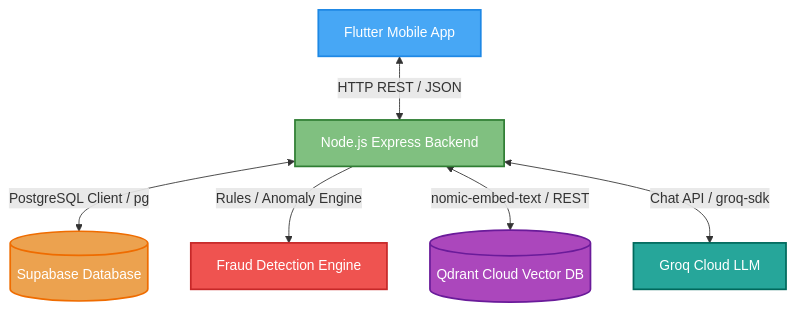
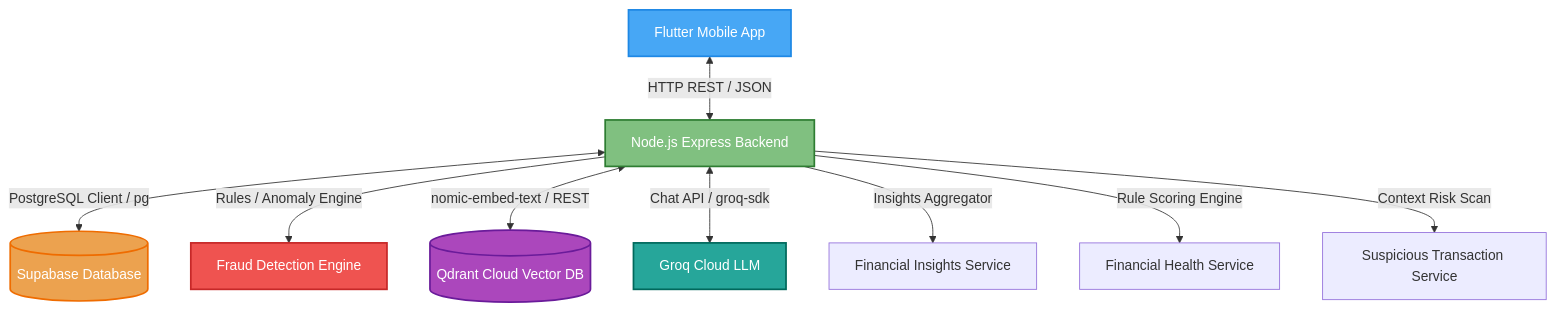
The first of 2 diagrams in docs/ARCHITECTURE.md (Aurindom971/WealthWise-app-PSB-Hackathon-2026), drawn with Mermaid before and after one commit. The commit also changed other lines of this file and 12 other files, not shown here.

````diff
--- a/docs/ARCHITECTURE.md
+++ b/docs/ARCHITECTURE.md
@@ -11,15 +11,19 @@
 ```mermaid
 graph TD
     A[Flutter Mobile App] <-->|HTTP REST / JSON| B[Node.js Express Backend]
     B <-->|PostgreSQL Client / pg| C[(Supabase Database)]
     B -->|Rules / Anomaly Engine| D[Fraud Detection Engine]
     B <-->|nomic-embed-text / REST| E[(Qdrant Cloud Vector DB)]
     B <-->|Chat API / groq-sdk| F[Groq Cloud LLM]
     
+    B -->|Insights Aggregator| G[Financial Insights Service]
+    B -->|Rule Scoring Engine| H[Financial Health Service]
+    B -->|Context Risk Scan| I[Suspicious Transaction Service]
+    
     style A fill:#47A7F5,stroke:#1E88E5,stroke-width:2px,color:#fff
     style B fill:#80C080,stroke:#2E7D32,stroke-width:2px,color:#fff
     style C fill:#ECA24F,stroke:#EF6C00,stroke-width:2px,color:#fff
     style D fill:#EF5350,stroke:#C62828,stroke-width:2px,color:#fff
     style E fill:#AB47BC,stroke:#6A1B9A,stroke-width:2px,color:#fff
     style F fill:#26A69A,stroke:#00695C,stroke-width:2px,color:#fff
 ```
````
